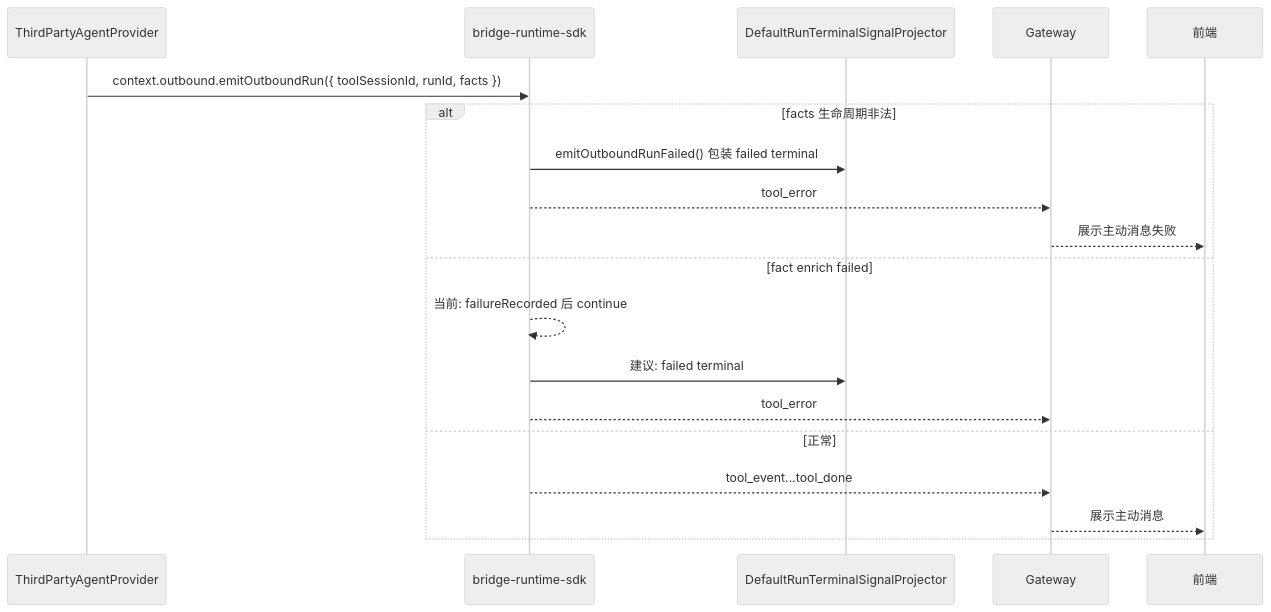
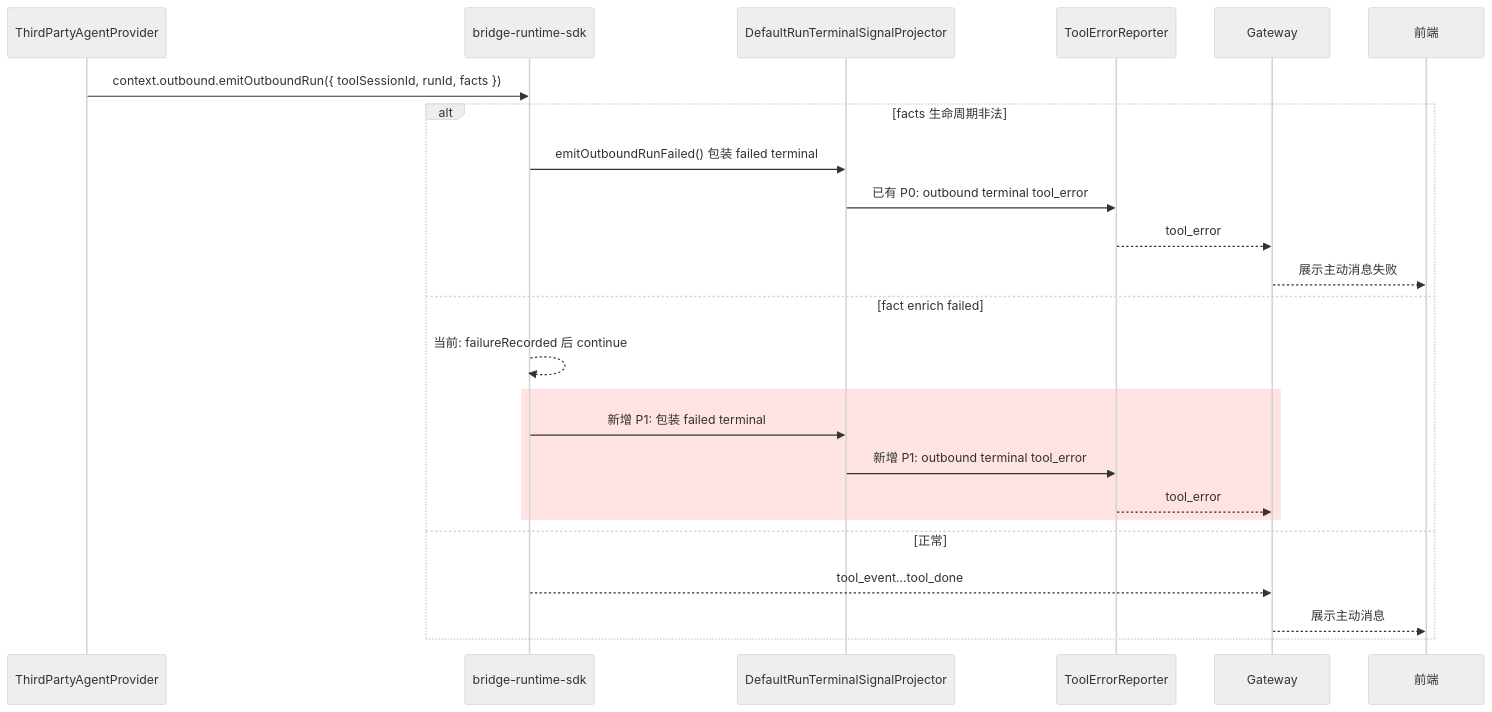
One commit to yuzhangCZ/agent-plugin changed the fourth of 4 diagrams in docs/design/bridge-runtime-sdk-tool-error-exception-solution.md. Above: the diagram before and after it, drawn with Mermaid (neutral theme). The commit also changed other lines of this file, not shown here.

Commit message:
docs: explain sdk tool_error reporting stages

````diff
--- a/docs/design/bridge-runtime-sdk-tool-error-exception-solution.md
+++ b/docs/design/bridge-runtime-sdk-tool-error-exception-solution.md
@@ -129,22 +151,27 @@
 ```mermaid
 sequenceDiagram
     participant P as ThirdPartyAgentProvider
     participant SDK as bridge-runtime-sdk
     participant TF as DefaultRunTerminalSignalProjector
+    participant TER as ToolErrorReporter
     participant GW as Gateway
     participant FE as 前端
 
     P->>SDK: context.outbound.emitOutboundRun({ toolSessionId, runId, facts })
     alt facts 生命周期非法
         SDK->>TF: emitOutboundRunFailed() 包装 failed terminal
-        SDK-->>GW: tool_error
+        TF->>TER: 已有 P0: outbound terminal tool_error
+        TER-->>GW: tool_error
         GW-->>FE: 展示主动消息失败
     else fact enrich failed
         SDK-->>SDK: 当前: failureRecorded 后 continue
-        SDK->>TF: 建议: failed terminal
-        SDK-->>GW: tool_error
+        rect rgb(255, 227, 227)
+        SDK->>TF: 新增 P1: 包装 failed terminal
+        TF->>TER: 新增 P1: outbound terminal tool_error
+        TER-->>GW: tool_error
+        end
     else 正常
         SDK-->>GW: tool_event...tool_done
         GW-->>FE: 展示主动消息
     end
 ```
````
